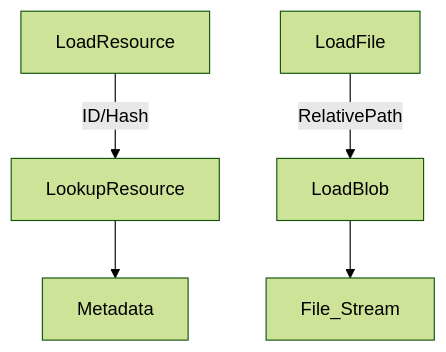
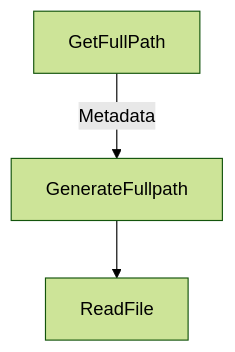
The second of 2 diagrams in Design/Storage Design.md (Sciuromorpha/Documents), drawn with Mermaid (forest theme) before and after one commit. The commit also changed other lines of this file and 1 other file, not shown here.

````diff
--- a/Design/Storage Design.md
+++ b/Design/Storage Design.md
@@ -25,5 +24,4 @@
 ```mermaid
 graph TD
-  LoadResource--ID/Hash-->LookupResource-->Metadata
-  LoadFile--RelativePath-->LoadBlob-->File_Stream
+  GetFullPath--Metadata-->GenerateFullpath-->ReadFile
 ```
````
